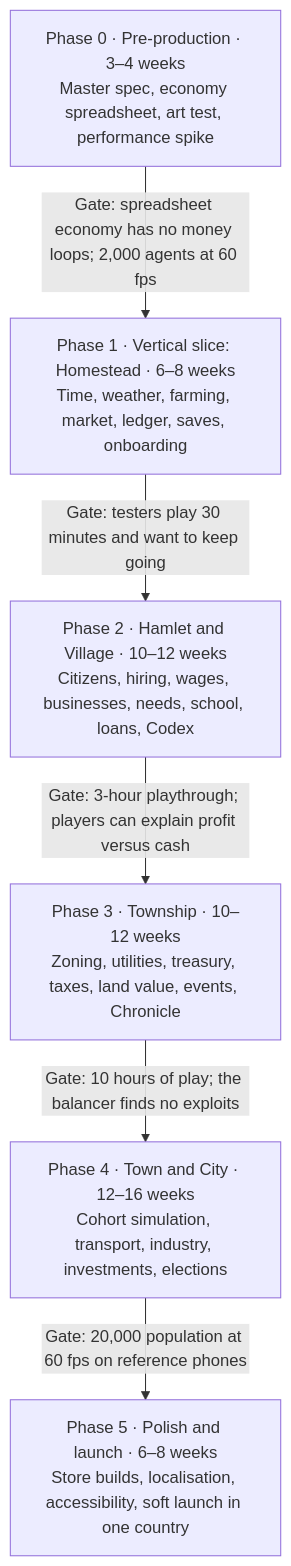
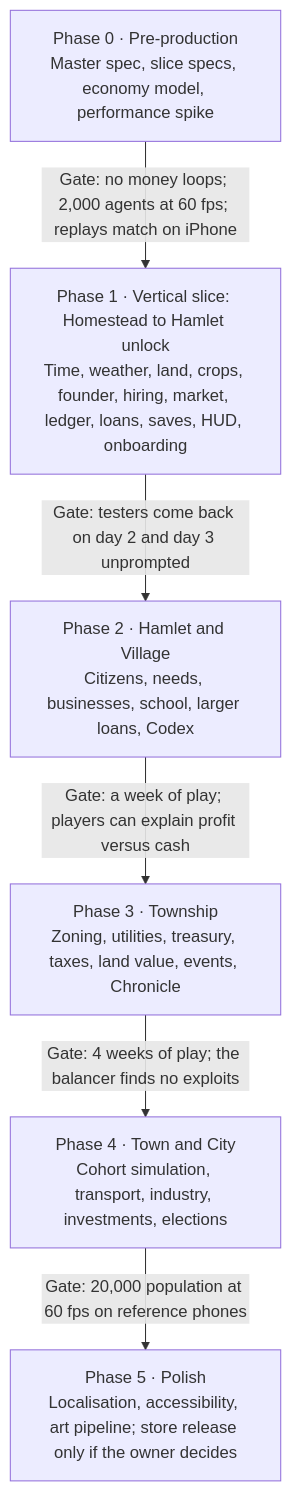
One commit to patel-keyur-18/farm-to-city changed the second of 2 diagrams in docs/GDD.md. Above: the diagram before and after it, drawn with Mermaid. The commit also changed other lines of this file and 115 other files, not shown here.

Commit message:
docs: pre-production design review, ADRs 0001–0027, spec 001 and SDLC planning (#3)

````diff
--- a/docs/GDD.md
+++ b/docs/GDD.md
@@ -842,15 +1051,15 @@
 ```mermaid
 flowchart TB
-    P0["Phase 0 · Pre-production · 3–4 weeks<br/>Master spec, economy spreadsheet, art test, performance spike"]
-    P1["Phase 1 · Vertical slice: Homestead · 6–8 weeks<br/>Time, weather, farming, market, ledger, saves, onboarding"]
-    P2["Phase 2 · Hamlet and Village · 10–12 weeks<br/>Citizens, hiring, wages, businesses, needs, school, loans, Codex"]
-    P3["Phase 3 · Township · 10–12 weeks<br/>Zoning, utilities, treasury, taxes, land value, events, Chronicle"]
-    P4["Phase 4 · Town and City · 12–16 weeks<br/>Cohort simulation, transport, industry, investments, elections"]
-    P5["Phase 5 · Polish and launch · 6–8 weeks<br/>Store builds, localisation, accessibility, soft launch in one country"]
+    P0["Phase 0 · Pre-production<br/>Master spec, slice specs, economy model, performance spike"]
+    P1["Phase 1 · Vertical slice: Homestead to Hamlet unlock<br/>Time, weather, land, crops, founder, hiring, market, ledger, loans, saves, HUD, onboarding"]
+    P2["Phase 2 · Hamlet and Village<br/>Citizens, needs, businesses, school, larger loans, Codex"]
+    P3["Phase 3 · Township<br/>Zoning, utilities, treasury, taxes, land value, events, Chronicle"]
+    P4["Phase 4 · Town and City<br/>Cohort simulation, transport, industry, investments, elections"]
+    P5["Phase 5 · Polish<br/>Localisation, accessibility, art pipeline; store release only if the owner decides"]
 
-    P0 -->|"Gate: spreadsheet economy has no money loops; 2,000 agents at 60 fps"| P1
-    P1 -->|"Gate: testers play 30 minutes and want to keep going"| P2
-    P2 -->|"Gate: 3-hour playthrough; players can explain profit versus cash"| P3
-    P3 -->|"Gate: 10 hours of play; the balancer finds no exploits"| P4
+    P0 -->|"Gate: no money loops; 2,000 agents at 60 fps; replays match on iPhone"| P1
+    P1 -->|"Gate: testers come back on day 2 and day 3 unprompted"| P2
+    P2 -->|"Gate: a week of play; players can explain profit versus cash"| P3
+    P3 -->|"Gate: 4 weeks of play; the balancer finds no exploits"| P4
     P4 -->|"Gate: 20,000 population at 60 fps on reference phones"| P5
 ```
````
